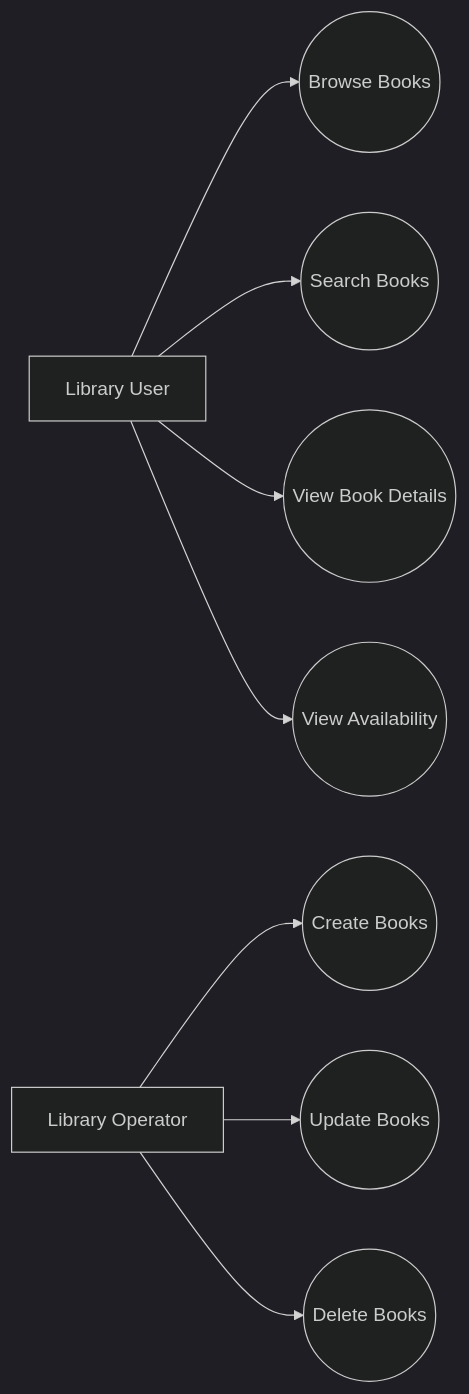
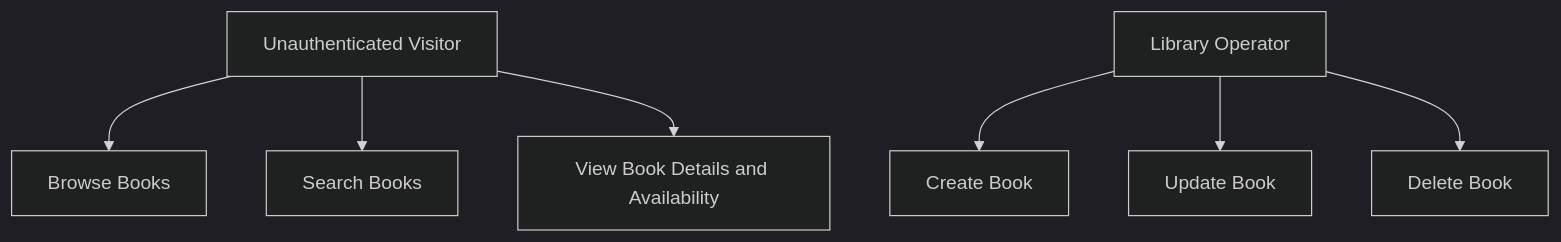
One commit to Adi1ba/LibraryNest changed the second of 4 diagrams in docs/02-srs.md. Above: the diagram before and after it, drawn with Mermaid (dark theme). The commit also changed other lines of this file, not shown here.

````diff
--- a/docs/02-srs.md
+++ b/docs/02-srs.md
@@ -96,10 +95,10 @@
 ```mermaid
-flowchart LR
-    U[Library User] --> C1((Browse Books))
-    U --> C2((Search Books))
-    U --> C3((View Book Details))
-    U --> C4((View Availability))
-    L[Library Operator] --> C5((Create Books))
-    L --> C6((Update Books))
-    L --> C7((Delete Books))
+flowchart TD
+    User[Unauthenticated Visitor] --> Browse[Browse Books]
+    User --> Search[Search Books]
+    User --> Details[View Book Details and Availability]
+
+    Operator[Library Operator] --> Create[Create Book]
+    Operator --> Update[Update Book]
+    Operator --> Delete[Delete Book]
 ```
````
